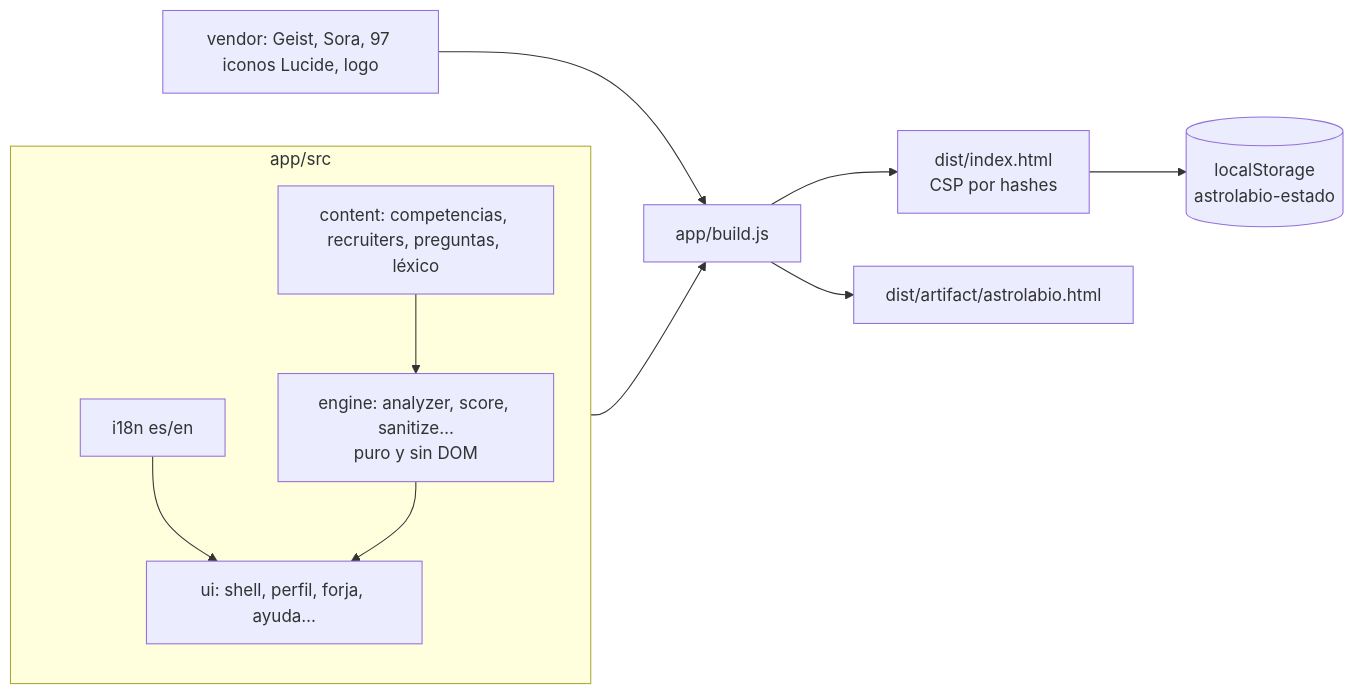
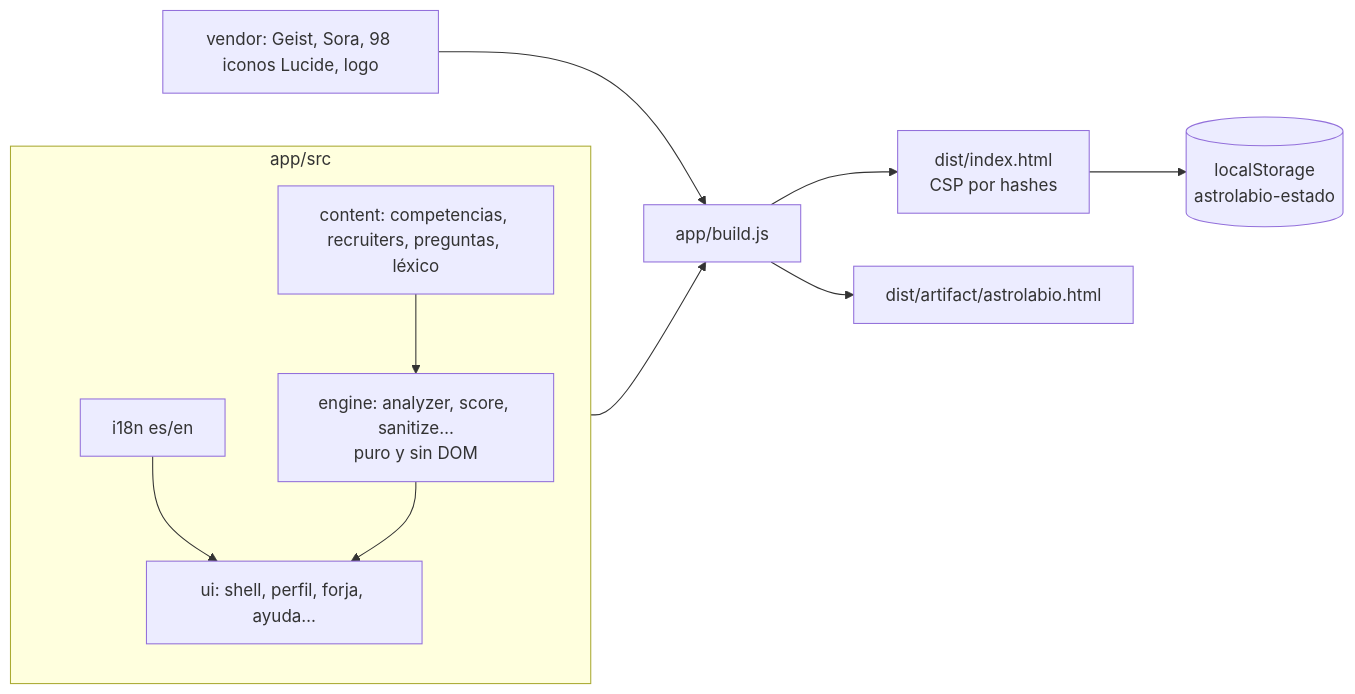
Before and after one commit to heindall92/astrolabio: the fourth of 4 diagrams in README.md, drawn with Mermaid. The commit also changed other lines of this file and 29 other files, not shown here.

````diff
--- a/README.md
+++ b/README.md
@@ -151,13 +151,13 @@
 ```mermaid
 flowchart LR
   subgraph src[app/src]
     I18N[i18n es/en] --> UI
     CONT[content: competencias, recruiters, preguntas, léxico] --> ENG
     ENG[engine: analyzer, score, sanitize…<br/>puro y sin DOM] --> UI[ui: shell, perfil, forja, ayuda…]
   end
-  V[vendor: Geist, Sora, 97 iconos Lucide, logo] --> B
+  V[vendor: Geist, Sora, 98 iconos Lucide, logo] --> B
   src --> B[app/build.js]
   B --> D[dist/index.html<br/>CSP por hashes]
   B --> A[dist/artifact/astrolabio.html]
   D --> LS[(localStorage<br/>astrolabio-estado)]
 ```
````
